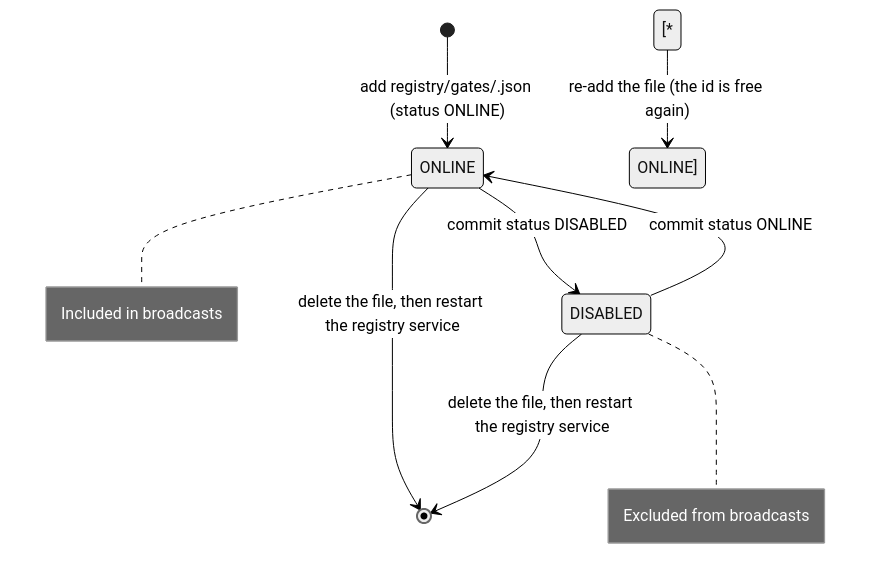
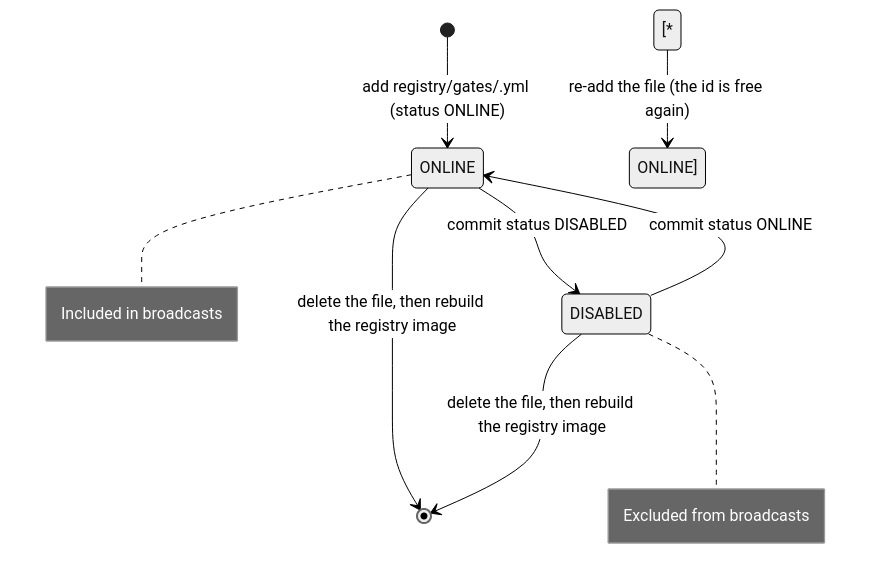
One commit to kemit-ee/efti-gate-ee changed the diagram in docs/architecture/registry-management/gate_registry.md. Above: the diagram before and after it, drawn with Mermaid (neutral theme). The commit also changed other lines of this file and 62 other files, not shown here.

Commit message:
convert registry files to yml for better readability; they will be converted to json at build-time

````diff
--- a/docs/architecture/registry-management/gate_registry.md
+++ b/docs/architecture/registry-management/gate_registry.md
@@ -13,15 +14,15 @@
 ```mermaid
 stateDiagram-v2
-    [*] --> ONLINE: add registry/gates/<id>.json (status ONLINE)
+    [*] --> ONLINE: add registry/gates/<id>.yml (status ONLINE)
     ONLINE --> DISABLED: commit status DISABLED
     DISABLED --> ONLINE: commit status ONLINE
-    ONLINE --> [*]: delete the file, then restart the registry service
-    DISABLED --> [*]: delete the file, then restart the registry service
+    ONLINE --> [*]: delete the file, then rebuild the registry image
+    DISABLED --> [*]: delete the file, then rebuild the registry image
     [* --> ONLINE]: re-add the file (the id is free again)
     note right of ONLINE
         Included in broadcasts
     end note
     note right of DISABLED
         Excluded from broadcasts
     end note
 ```
````
